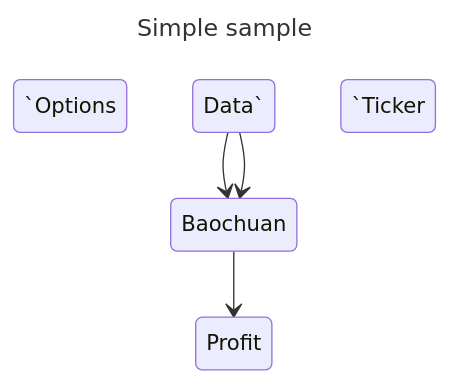
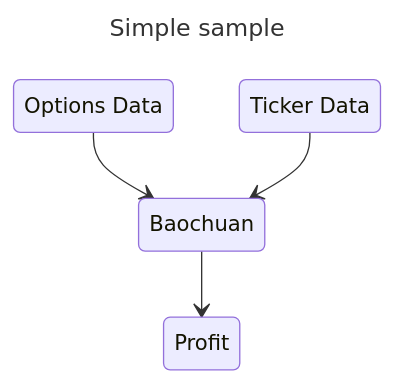
Before and after one commit to ssoper/Baochuan: the diagram in README.md, drawn with Mermaid.

````diff
--- a/README.md
+++ b/README.md
@@ -7,9 +7,11 @@
 ```mermaid
 ---
 title: Simple sample
 ---
 stateDiagram-v2
-    `Options Data` --> Baochuan
-    `Ticker Data` --> Baochuan
+    options: Options Data
+    ticker: Ticker Data
+    options --> Baochuan
+    ticker --> Baochuan
     Baochuan --> Profit
 ```
````
